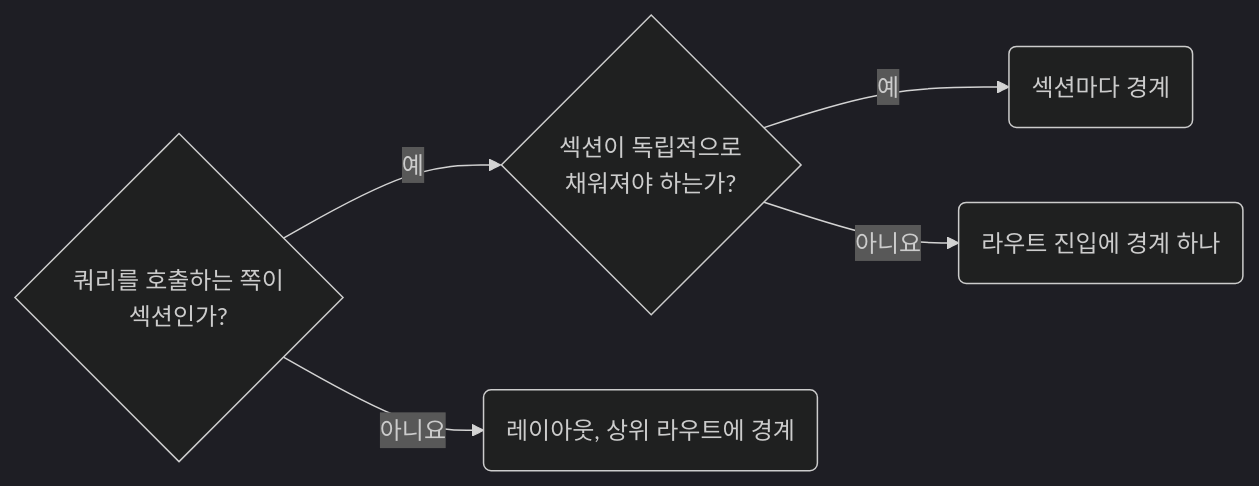
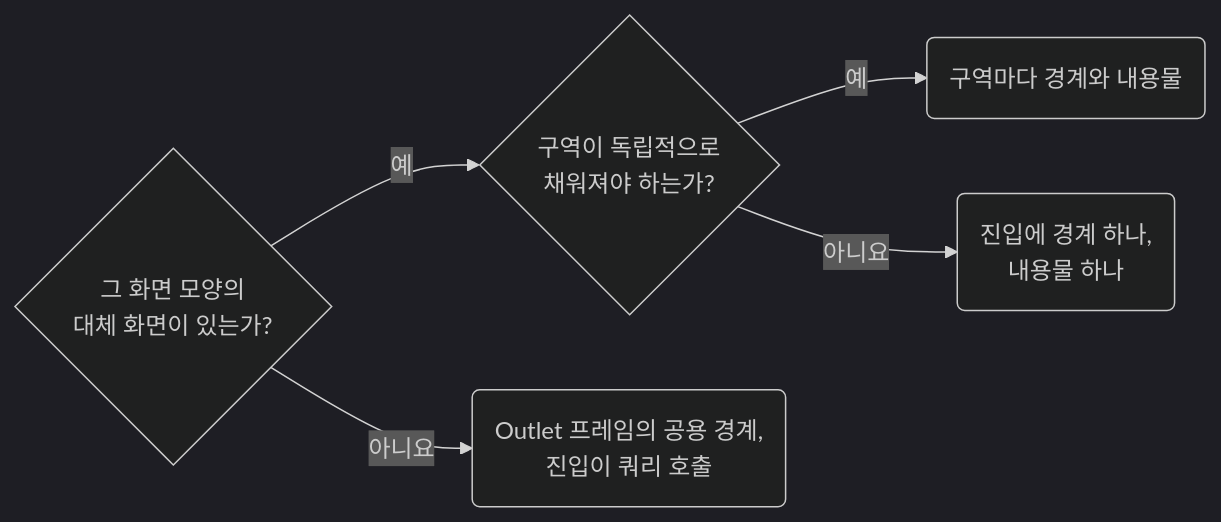
Before and after one commit to nomeehej/agent-conventions: the diagram in skill/react/rules/07-01-runtime-place-suspense-boundaries-at-the-section-owner.md, drawn with Mermaid (dark theme). The commit also changed other lines of this file and 46 other files, not shown here.

````diff
--- a/skill/react/rules/07-01-runtime-place-suspense-boundaries-at-the-section-owner.md
+++ b/skill/react/rules/07-01-runtime-place-suspense-boundaries-at-the-section-owner.md
@@ -24,6 +24,6 @@
 ```mermaid
 flowchart LR
-	q1{"쿼리를 호출하는 쪽이<br>섹션인가?"} -- 예 --> q2{"섹션이 독립적으로<br>채워져야 하는가?"} -- 예 --> r2("섹션마다 경계")
-	q1 -- 아니요 --> r3("레이아웃, 상위 라우트에 경계")
-	q2 -- 아니요 --> r1("라우트 진입에 경계 하나")
+	q1{"그 화면 모양의<br>대체 화면이 있는가?"} -- 예 --> q2{"구역이 독립적으로<br>채워져야 하는가?"} -- 예 --> r2("구역마다 경계와 내용물")
+	q1 -- 아니요 --> r3("Outlet 프레임의 공용 경계,<br>진입이 쿼리 호출")
+	q2 -- 아니요 --> r1("진입에 경계 하나,<br>내용물 하나")
 ```
````
